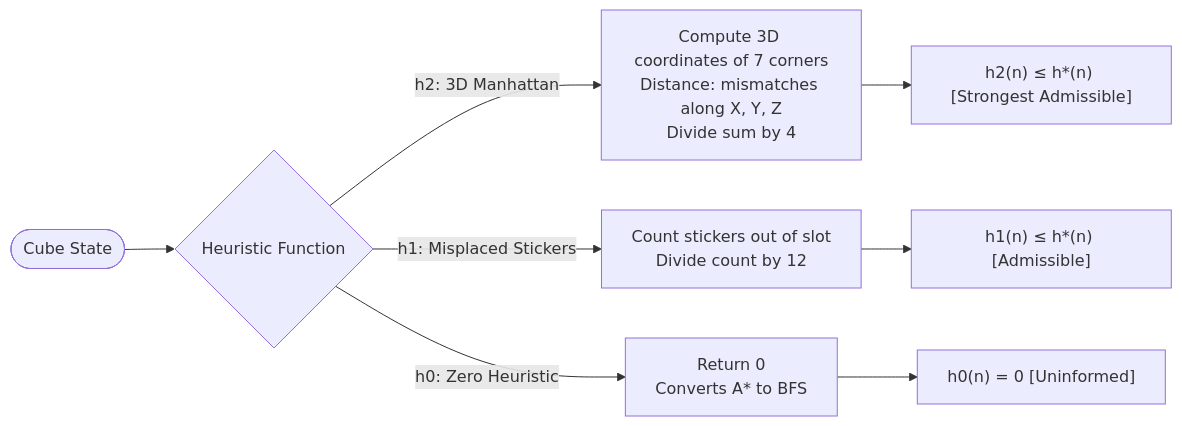
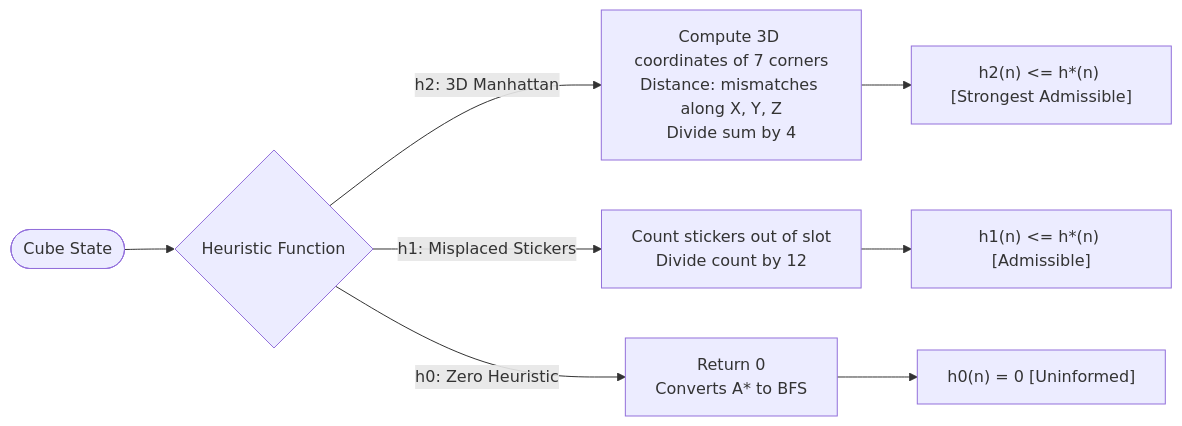
One commit to sarthakroutray/RubiksCubeSolver changed the second of 2 diagrams in README.md. Above: the diagram before and after it, drawn with Mermaid. The commit also changed other lines of this file, not shown here.

````diff
--- a/README.md
+++ b/README.md
@@ -196,12 +209,12 @@
 ```mermaid
 flowchart LR
     State([Cube State]) --> EvalH{Heuristic Function}
     
-    EvalH -->|h2: 3D Manhattan| M[Compute 3D coordinates of 7 corners<br/>Distance: mismatches along X, Y, Z<br/>Divide sum by 4]
-    EvalH -->|h1: Misplaced Stickers| S[Count stickers out of slot<br/>Divide count by 12]
-    EvalH -->|h0: Zero Heuristic| Z[Return 0<br/>Converts A* to BFS]
+    EvalH -->|h2: 3D Manhattan| M["Compute 3D coordinates of 7 corners<br/>Distance: mismatches along X, Y, Z<br/>Divide sum by 4"]
+    EvalH -->|h1: Misplaced Stickers| S["Count stickers out of slot<br/>Divide count by 12"]
+    EvalH -->|h0: Zero Heuristic| Z["Return 0<br/>Converts A* to BFS"]
 
-    M --> H2Val["h2(n) ≤ h*(n) [Strongest Admissible]"]
-    S --> H1Val["h1(n) ≤ h*(n) [Admissible]"]
+    M --> H2Val["h2(n) <= h*(n) [Strongest Admissible]"]
+    S --> H1Val["h1(n) <= h*(n) [Admissible]"]
     Z --> H0Val["h0(n) = 0 [Uninformed]"]
 ```
````
